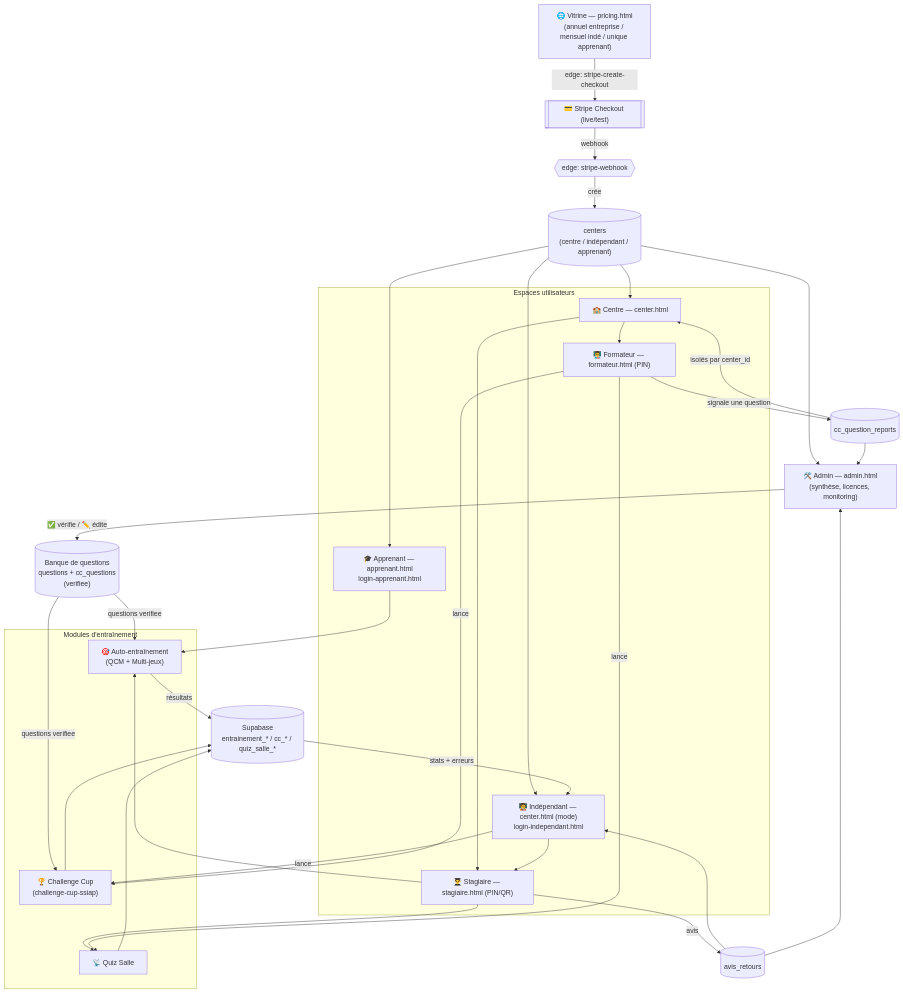
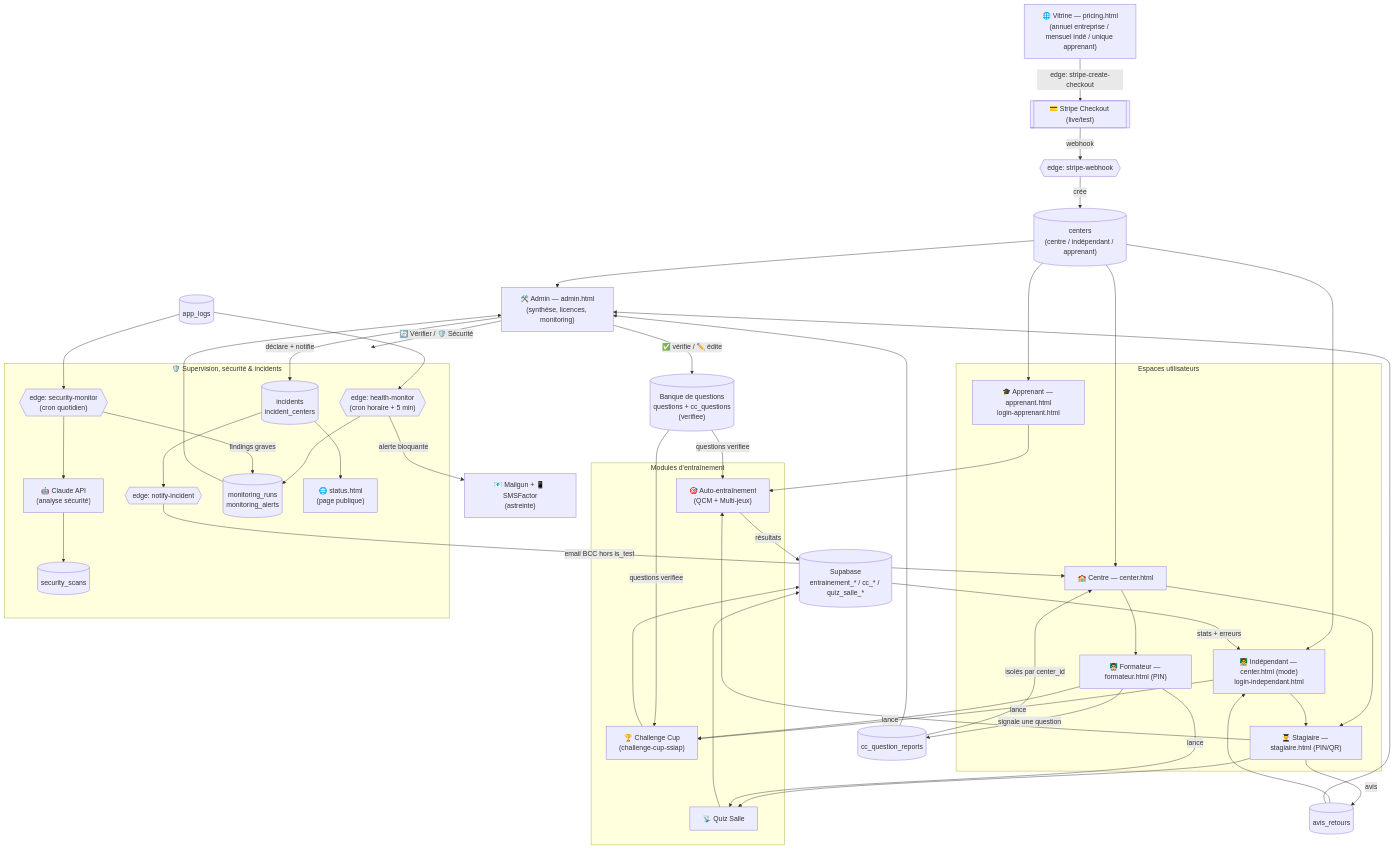
Before and after one commit to mibsoft-fr/mibsoft-platform: the second of 7 diagrams in docs/uml.md, drawn with Mermaid. The commit also changed other lines of this file, not shown here.

````diff
--- a/docs/uml.md
+++ b/docs/uml.md
@@ -204,50 +266,74 @@
 ```mermaid
 flowchart TD
     Stripe[["💳 Stripe Checkout (live/test)"]] -->|webhook| WH{{"edge: stripe-webhook"}}
     WH -->|crée| C[("centers\n(centre / indépendant / apprenant)")]
     Vitrine["🌐 Vitrine — pricing.html\n(annuel entreprise / mensuel indé / unique apprenant)"] -->|edge: stripe-create-checkout| Stripe
 
     C --> ADM["🛠️ Admin — admin.html\n(synthèse, licences, monitoring)"]
     ADM -->|✅ vérifie / ✏️ édite| BQ[("Banque de questions\nquestions + cc_questions\n(verifiee)")]
     BQ -->|questions verifiee| AE
     BQ -->|questions verifiee| CC
 
     subgraph Espaces["Espaces utilisateurs"]
       CE["🏫 Centre — center.html"]
       IN["🧑‍🏫 Indépendant — center.html (mode)\nlogin-independant.html"]
       AP["🎓 Apprenant — apprenant.html\nlogin-apprenant.html"]
       FO["👨‍🏫 Formateur — formateur.html (PIN)"]
       ST["👨‍🎓 Stagiaire — stagiaire.html (PIN/QR)"]
     end
 
     C --> CE
     C --> IN
     C --> AP
     CE --> FO
     CE --> ST
     IN --> ST
 
     subgraph Modules["Modules d'entraînement"]
       AE["🎯 Auto-entraînement\n(QCM + Multi-jeux)"]
       QS["📡 Quiz Salle"]
       CC["🏆 Challenge Cup\n(challenge-cup-ssiap)"]
     end
 
     AP --> AE
     ST --> AE
     ST --> QS
     IN -->|lance| CC
     FO -->|lance| QS
     FO -->|lance| CC
 
     AE -->|résultats| DB[("Supabase\nentrainement_* / cc_* / quiz_salle_*")]
     QS --> DB
     CC --> DB
     DB -->|stats + erreurs| IN
     ST -->|avis| AV[("avis_retours")]
     AV --> IN
     AV --> ADM
     FO -->|signale une question| RP[("cc_question_reports")]
     RP -->|isolés par center_id| CE
     RP --> ADM
+
+    subgraph Supervision["🛡️ Supervision, sécurité & incidents"]
+      HM{{"edge: health-monitor\n(cron horaire + 5 min)"}}
+      SM{{"edge: security-monitor\n(cron quotidien)"}}
+      IA["🤖 Claude API\n(analyse sécurité)"]
+      NI{{"edge: notify-incident"}}
+      MON[("monitoring_runs\nmonitoring_alerts")]
+      SEC[("security_scans")]
+      INC[("incidents\nincident_centers")]
+      STP["🌐 status.html\n(page publique)"]
+    end
+    LOGS[("app_logs")] --> HM
+    LOGS --> SM
+    HM --> MON
+    HM -->|alerte bloquante| ESC["📧 Mailgun + 📱 SMSFactor\n(astreinte)"]
+    SM --> IA
+    IA --> SEC
+    SM -->|findings graves| MON
+    ADM -->|🔄 Vérifier / 🛡️ Sécurité| Supervision
+    ADM -->|déclare + notifie| INC
+    INC --> NI
+    NI -->|email BCC hors is_test| CE
+    INC --> STP
+    MON --> ADM
 ```
````
